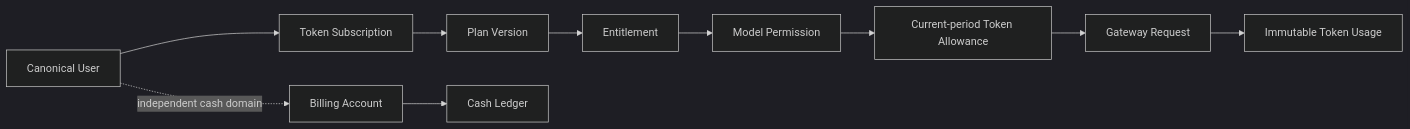
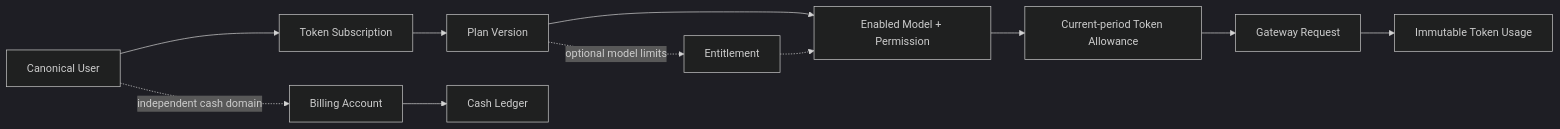
Before and after one commit to glide-the/dream-im-platform: the second of 2 diagrams in docs/verification/ink-dream-memory-pg-billing-gateway-treatment-decision.md, drawn with Mermaid (dark theme). The commit also changed other lines of this file and 15 other files, not shown here.

````diff
--- a/docs/verification/ink-dream-memory-pg-billing-gateway-treatment-decision.md
+++ b/docs/verification/ink-dream-memory-pg-billing-gateway-treatment-decision.md
@@ -286,8 +287,10 @@
 ```mermaid
 flowchart LR
   U["Canonical User"] --> S["Token Subscription"]
-  S --> V["Plan Version"] --> E["Entitlement"] --> M["Model Permission"]
+  S --> V["Plan Version"] --> M["Enabled Model + Permission"]
+  V -. "optional model limits" .-> E["Entitlement"]
+  E -.-> M
   M --> A["Current-period Token Allowance"] --> G["Gateway Request"]
   G --> T["Immutable Token Usage"]
   U -. "independent cash domain" .-> B["Billing Account"] --> L["Cash Ledger"]
 ```
````
